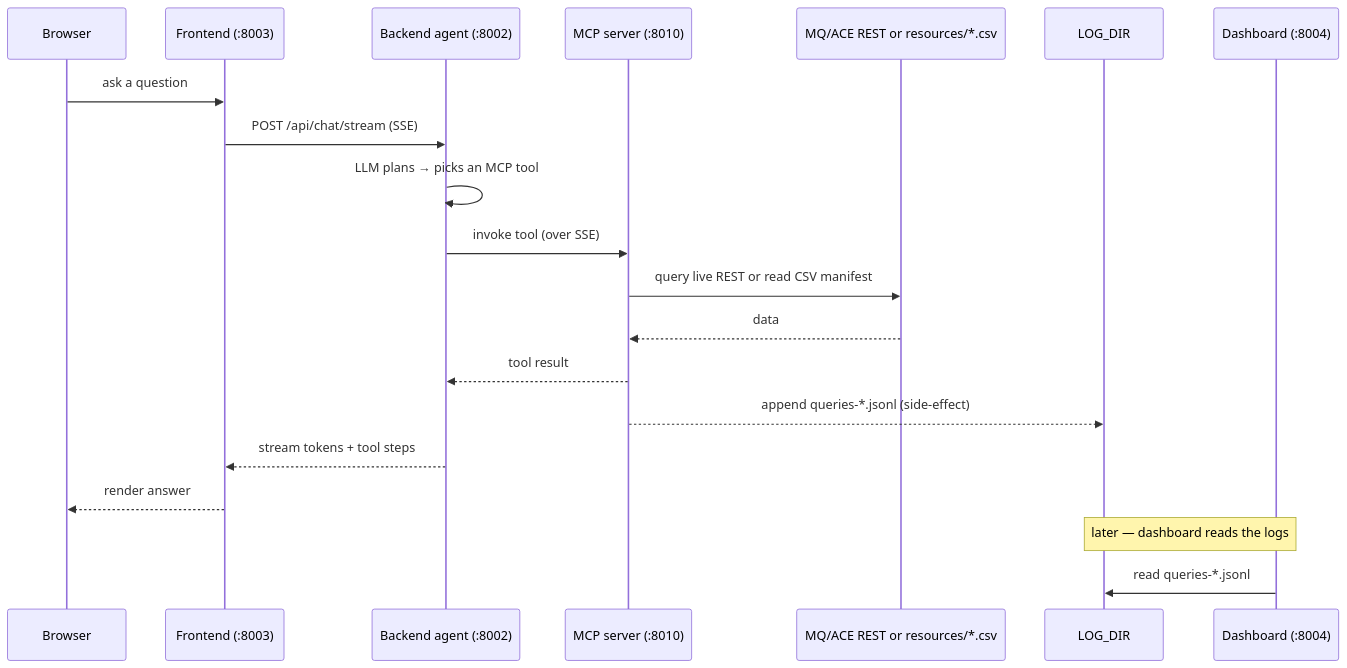
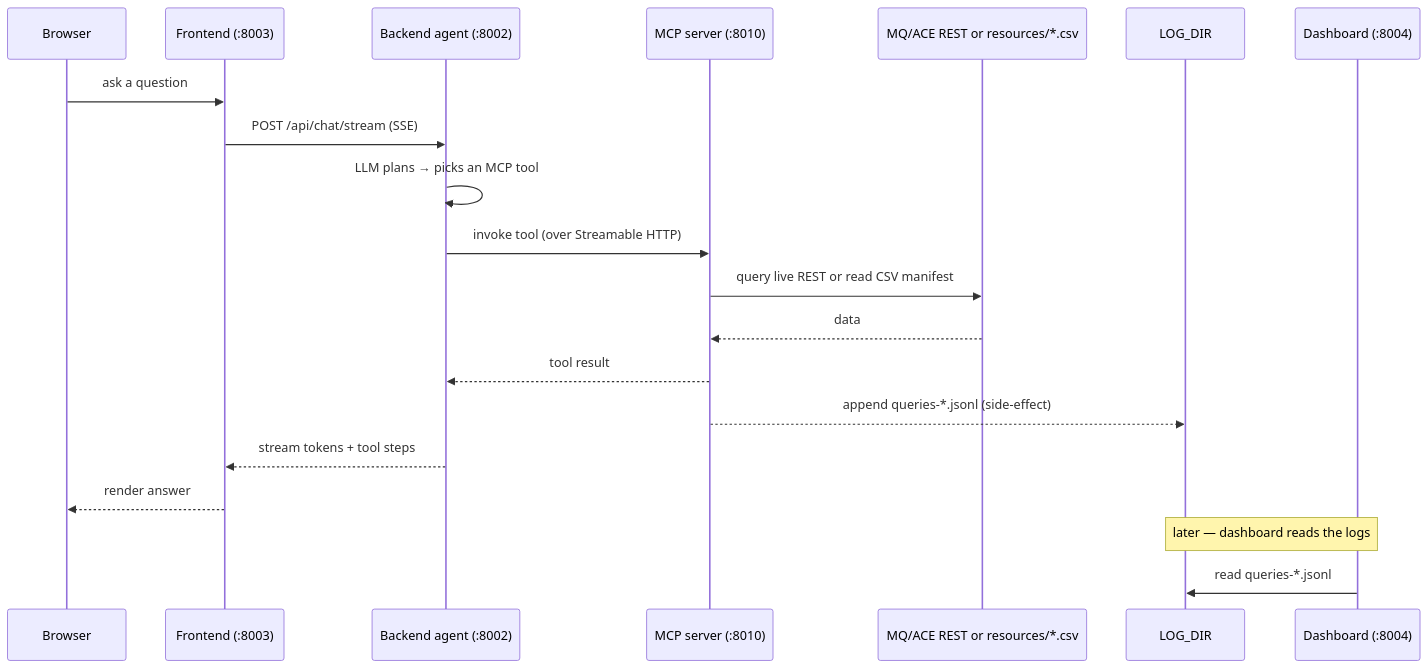
One commit to ajitk15/mqacemcp changed the second of 2 diagrams in DESIGN.md. Above: the diagram before and after it, drawn with Mermaid. The commit also changed other lines of this file and 15 other files, not shown here.

Commit message:
updated to streamable-http

````diff
--- a/DESIGN.md
+++ b/DESIGN.md
@@ -92,23 +93,23 @@
 ```mermaid
 sequenceDiagram
     participant U as Browser
     participant FE as Frontend (:8003)
     participant BE as Backend agent (:8002)
     participant MCP as MCP server (:8010)
     participant SRC as MQ/ACE REST or resources/*.csv
     participant LOG as LOG_DIR
     participant DASH as Dashboard (:8004)
 
     U->>FE: ask a question
     FE->>BE: POST /api/chat/stream (SSE)
     BE->>BE: LLM plans → picks an MCP tool
-    BE->>MCP: invoke tool (over SSE)
+    BE->>MCP: invoke tool (over Streamable HTTP)
     MCP->>SRC: query live REST or read CSV manifest
     SRC-->>MCP: data
     MCP-->>BE: tool result
     MCP-->>LOG: append queries-*.jsonl (side-effect)
     BE-->>FE: stream tokens + tool steps
     FE-->>U: render answer
     Note over LOG,DASH: later — dashboard reads the logs
     DASH->>LOG: read queries-*.jsonl
 ```
````
